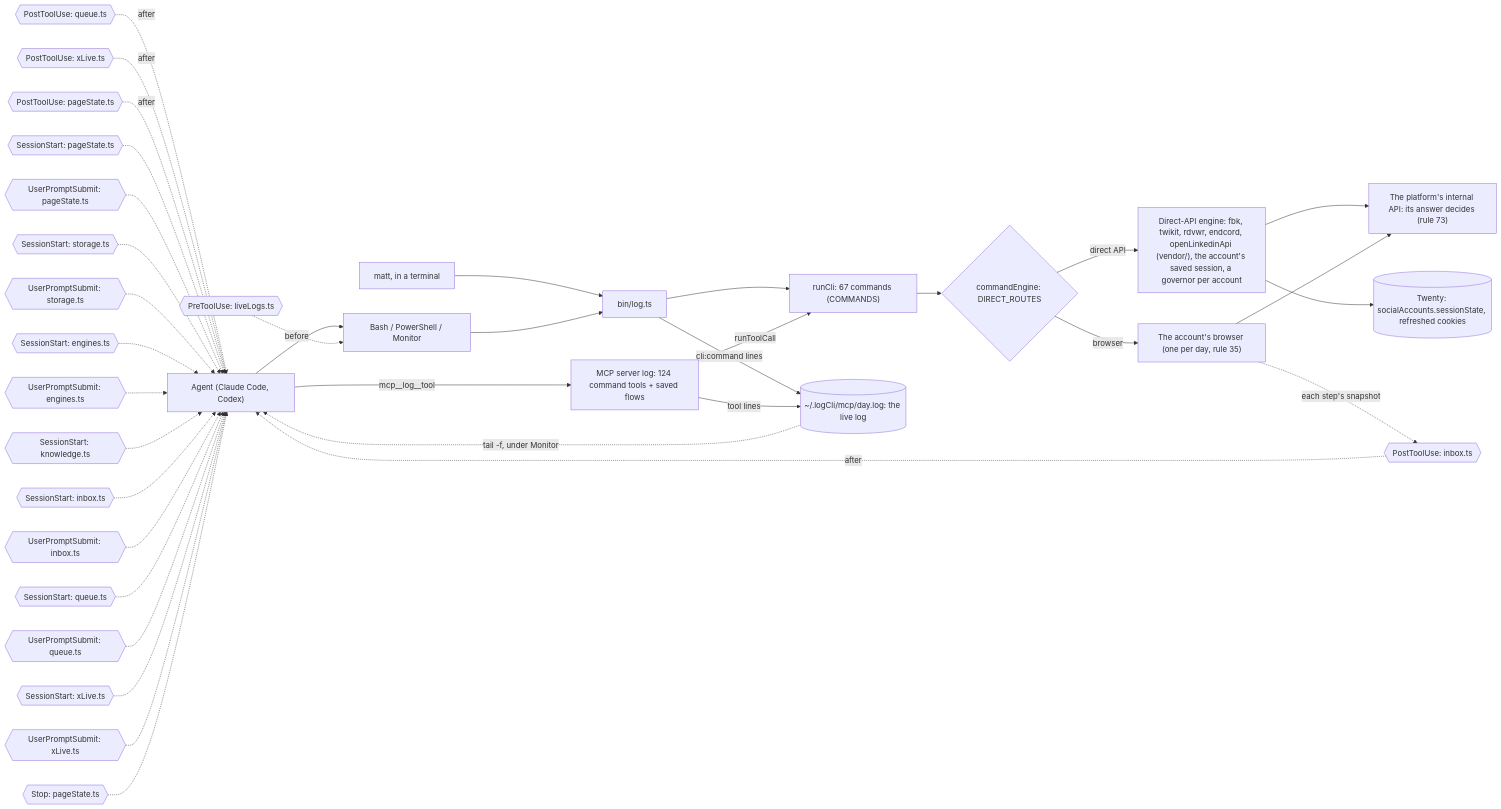
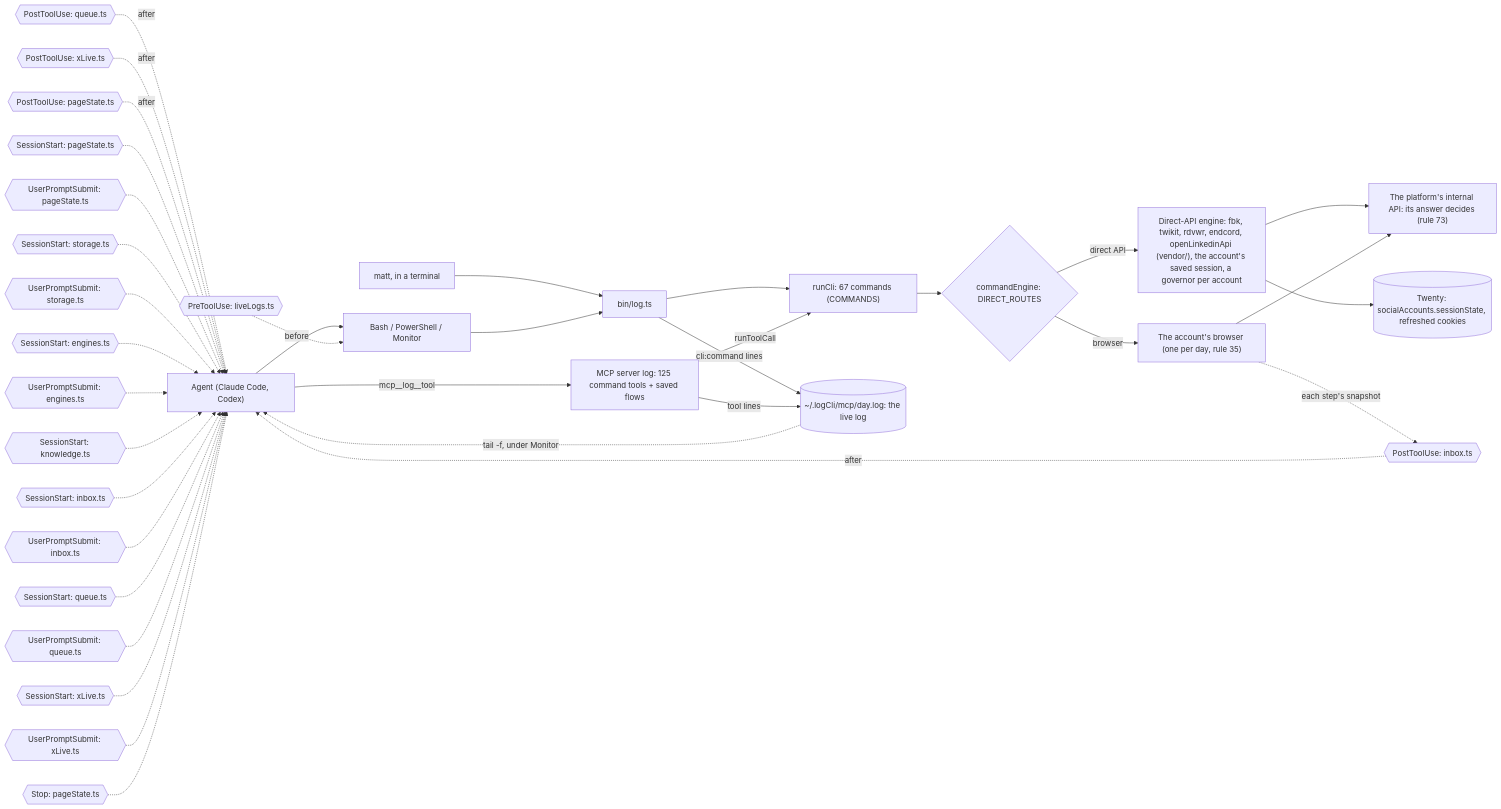
One commit to matthewdonsemail-lab/log changed the diagram in docs/diagrams/surface.mmd. Above: the diagram before and after it, drawn with Mermaid. The commit also changed 42 other files, not shown here.

```diff
--- a/docs/diagrams/surface.mmd
+++ b/docs/diagrams/surface.mmd
@@ -1,50 +1,50 @@
 %% How a call reaches log-cli. From a shell or over MCP, both run the same commands through `runCli`, write the same live log, and pass through the same hooks. `commandEngine` sends each command to the platform's direct API or to the account's browser.
 %% Written by `bun run docs:build` from the code (rule 56). Not edited by hand.
 flowchart LR
   agent["Agent (Claude Code, Codex)"]
   matt["matt, in a terminal"]
   shell["Bash / PowerShell / Monitor"]
-  mcp["MCP server log: 124 command tools + saved flows"]
+  mcp["MCP server log: 125 command tools + saved flows"]
   bin["bin/log.ts"]
   runCli["runCli: 67 commands (COMMANDS)"]
   live[("~/.logCli/mcp/day.log: the live log")]
   engine{"commandEngine: DIRECT_ROUTES"}
   direct["Direct-API engine: fbk, twikit, rdvwr, endcord, openLinkedinApi (vendor/), the account's saved session, a governor per account"]
   browser["The account's browser (one per day, rule 35)"]
   api["The platform's internal API: its answer decides (rule 73)"]
   twenty[("Twenty: socialAccounts.sessionState, refreshed cookies")]
   agent --> shell
   matt --> bin
   shell --> bin
   agent -->|mcp__log__tool| mcp
   bin --> runCli
   mcp -->|runToolCall| runCli
   runCli --> engine
   engine -->|direct API| direct
   engine -->|browser| browser
   direct --> api
   browser --> api
   direct --> twenty
   bin -->|cli:command lines| live
   mcp -->|tool lines| live
   live -.->|tail -f, under Monitor| agent
   pre0{{"PreToolUse: liveLogs.ts"}} -.->|before| shell
   post0{{"PostToolUse: inbox.ts"}} -.->|after| agent
   post1{{"PostToolUse: queue.ts"}} -.->|after| agent
   post2{{"PostToolUse: xLive.ts"}} -.->|after| agent
   post3{{"PostToolUse: pageState.ts"}} -.->|after| agent
   turn0{{"SessionStart: pageState.ts"}} -.-> agent
   turn1{{"UserPromptSubmit: pageState.ts"}} -.-> agent
   turn2{{"SessionStart: storage.ts"}} -.-> agent
   turn3{{"UserPromptSubmit: storage.ts"}} -.-> agent
   turn4{{"SessionStart: engines.ts"}} -.-> agent
   turn5{{"UserPromptSubmit: engines.ts"}} -.-> agent
   turn6{{"SessionStart: knowledge.ts"}} -.-> agent
   turn7{{"SessionStart: inbox.ts"}} -.-> agent
   turn8{{"UserPromptSubmit: inbox.ts"}} -.-> agent
   turn9{{"SessionStart: queue.ts"}} -.-> agent
   turn10{{"UserPromptSubmit: queue.ts"}} -.-> agent
   turn11{{"SessionStart: xLive.ts"}} -.-> agent
   turn12{{"UserPromptSubmit: xLive.ts"}} -.-> agent
   turn13{{"Stop: pageState.ts"}} -.-> agent
   browser -.->|each step's snapshot| post0
```
